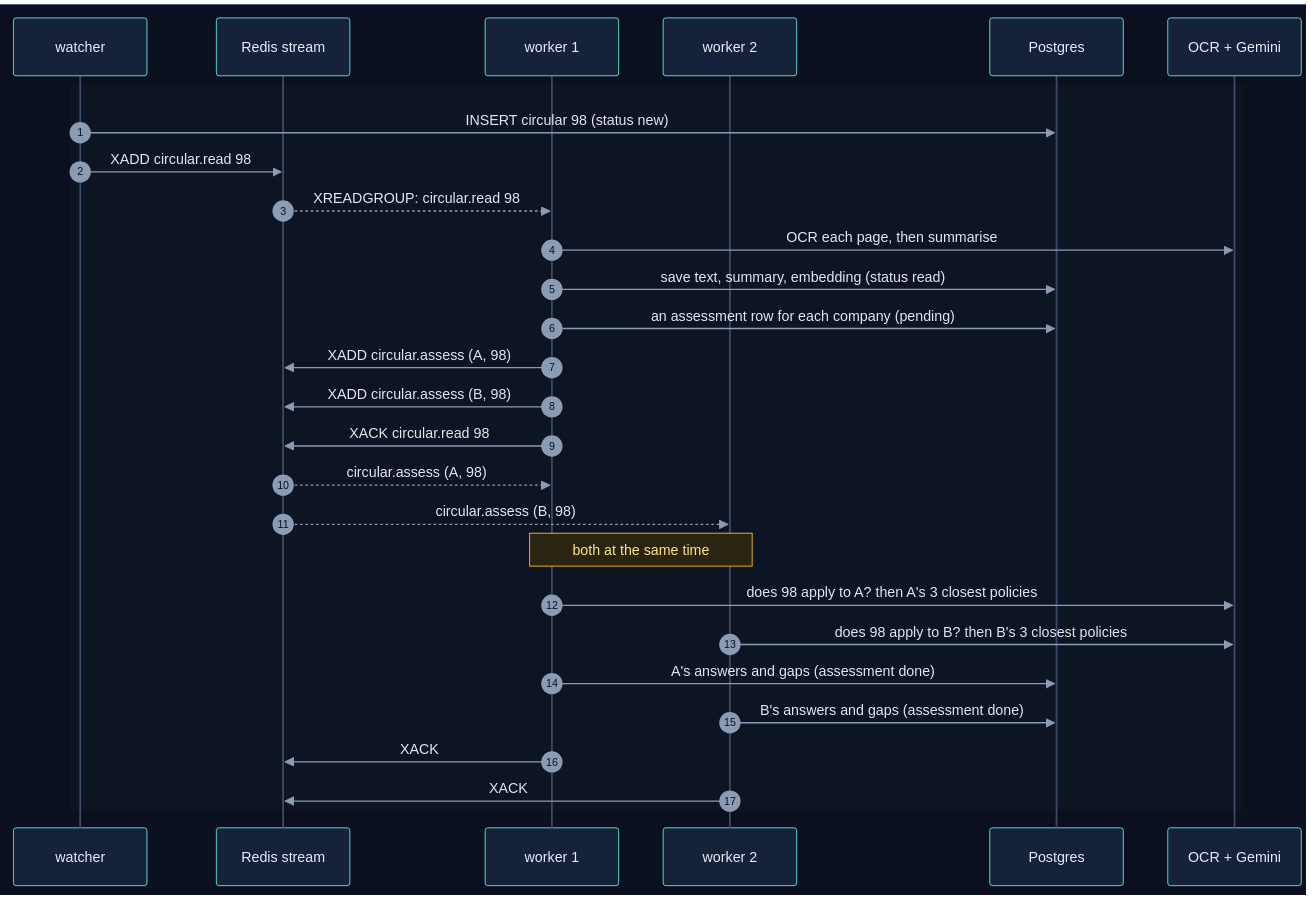
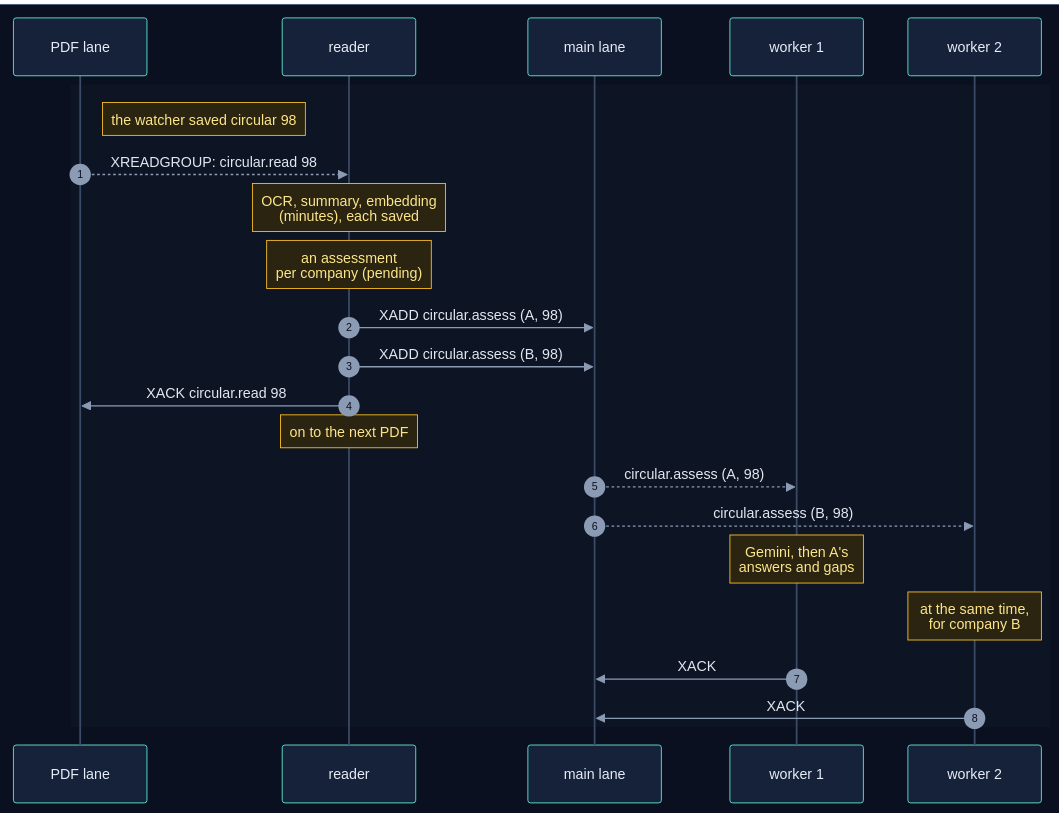
Before and after one commit to selvakumarperumal/Regulatory_Circular_Impact_Agent: the third of 20 diagrams in how_the_worker_works.md, drawn with Mermaid. The commit also changed other lines of this file and 7 other files, not shown here.

Commit message:
Document the PDF lane and the main lane

````diff
--- a/how_the_worker_works.md
+++ b/how_the_worker_works.md
@@ -144,34 +152,29 @@
 ```mermaid
 %%{init: {"theme": "base", "sequence": {"diagramMarginX": 0, "diagramMarginY": 0}, "themeVariables": {"darkMode": true, "primaryColor": "#16213a", "primaryTextColor": "#e6edf7", "primaryBorderColor": "#475a7a", "lineColor": "#8b9bb4", "secondaryColor": "#1b2436", "tertiaryColor": "#101a2e", "edgeLabelBackground": "#0f172a", "textColor": "#e2e8f0", "actorBkg": "#16213a", "actorBorder": "#5eead4", "actorTextColor": "#e6edf7", "actorLineColor": "#3b4a66", "signalColor": "#8b9bb4", "signalTextColor": "#e2e8f0", "noteBkgColor": "#2a2410", "noteBorderColor": "#fbbf24", "noteTextColor": "#fde68a", "labelBoxBkgColor": "#1e293b", "labelBoxBorderColor": "#64748b", "labelTextColor": "#e2e8f0", "loopTextColor": "#c4b5fd", "sequenceNumberColor": "#0b1020", "activationBkgColor": "#1e293b"}}}%%
 sequenceDiagram
     autonumber
     box rgb(11, 16, 32)
-        participant W as watcher
-        participant Q as Redis stream
+        participant P as PDF lane
+        participant R as reader
+        participant Q as main lane
         participant K1 as worker 1
         participant K2 as worker 2
-        participant DB as Postgres
-        participant G as OCR + Gemini
     end
 
     rect rgb(13, 20, 36)
-        W->>DB: INSERT circular 98 (status new)
-        W->>Q: XADD circular.read 98
-        Q-->>K1: XREADGROUP: circular.read 98
-        K1->>G: OCR each page, then summarise
-        K1->>DB: save text, summary, embedding (status read)
-        K1->>DB: an assessment row for each company (pending)
-        K1->>Q: XADD circular.assess (A, 98)
-        K1->>Q: XADD circular.assess (B, 98)
-        K1->>Q: XACK circular.read 98
+        Note right of P: the watcher saved circular 98
+        P-->>R: XREADGROUP: circular.read 98
+        Note over R: OCR, summary, embedding<br/>(minutes), each saved
+        Note over R: an assessment<br/>per company (pending)
+        R->>Q: XADD circular.assess (A, 98)
+        R->>Q: XADD circular.assess (B, 98)
+        R->>P: XACK circular.read 98
+        Note over R: on to the next PDF
         Q-->>K1: circular.assess (A, 98)
         Q-->>K2: circular.assess (B, 98)
-        Note over K1,K2: both at the same time
-        K1->>G: does 98 apply to A? then A's 3 closest policies
-        K2->>G: does 98 apply to B? then B's 3 closest policies
-        K1->>DB: A's answers and gaps (assessment done)
-        K2->>DB: B's answers and gaps (assessment done)
+        Note over K1: Gemini, then A's<br/>answers and gaps
+        Note over K2: at the same time,<br/>for company B
         K1->>Q: XACK
         K2->>Q: XACK
     end
 ```
````
